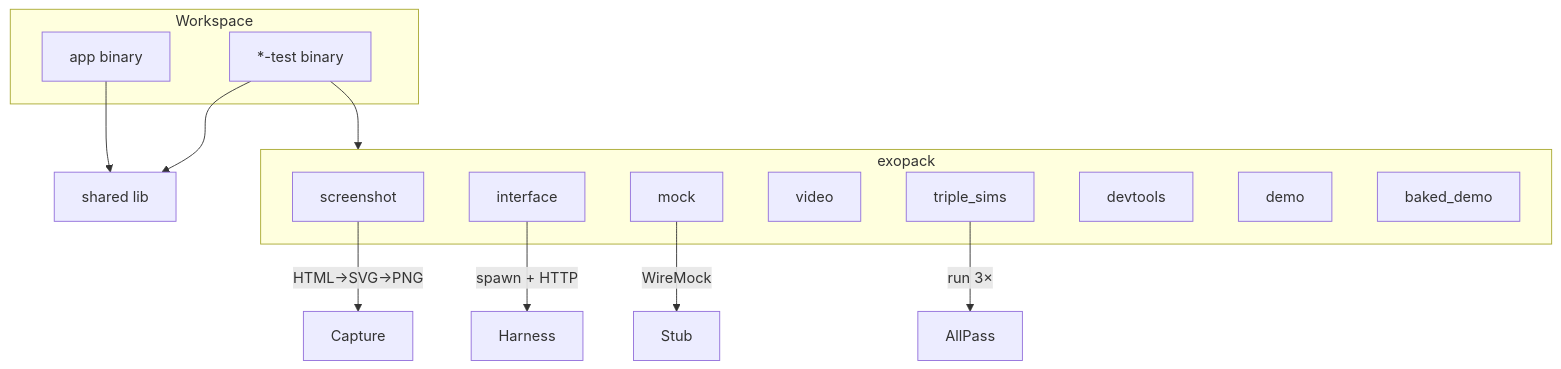
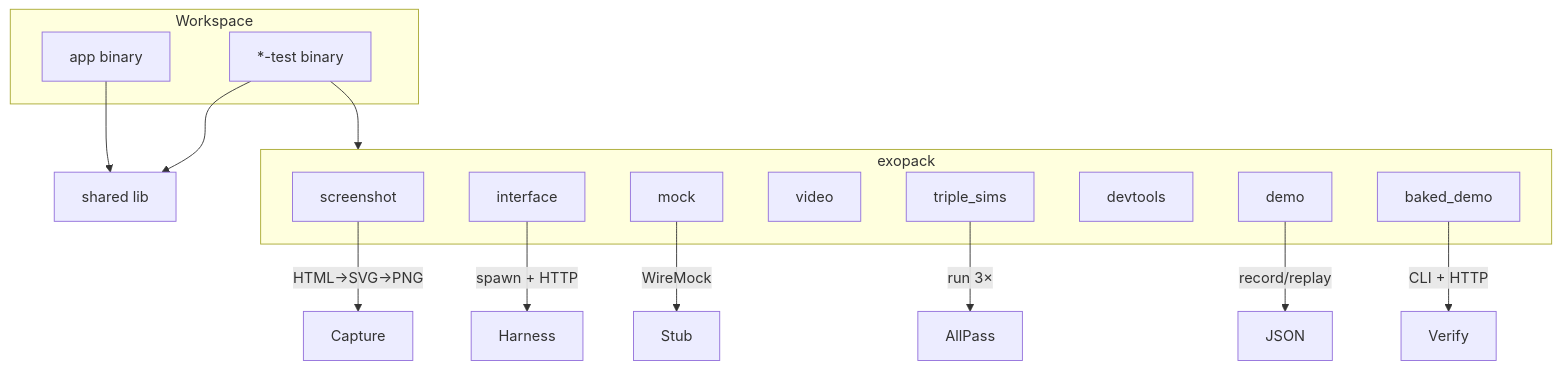
Before and after one commit to cochranblock/exopack: the diagram in README.md, drawn with Mermaid. The commit also changed 2 other files, not shown here.

Commit message:
docs: add baked_demo to diagrams, fix feature gate count, update lib.rs doc
- Add BakedDemo node to PROOF_OF_ARTIFACTS mermaid diagram
- Fix feature gate count: 7 gated + video always compiled
- Add Demo/BakedDemo edge labels to README mermaid diagram
- Include demo and baked_demo in lib.rs module doc comment

````diff
--- a/README.md
+++ b/README.md
@@ -21,27 +21,29 @@
 ```mermaid
 flowchart TB
     subgraph Workspace
         App[app binary]
         Test["*-test binary"]
     end
 
     subgraph exopack
         Screenshot[screenshot]
         Interface[interface]
         Mock[mock]
         Video[video]
         Triple[triple_sims]
         Devtools[devtools]
         Demo[demo]
         BakedDemo[baked_demo]
     end
 
     App --> Core[shared lib]
     Test --> Core
     Test --> exopack
 
     Screenshot --> |HTML→SVG→PNG| Capture
     Interface --> |spawn + HTTP| Harness
     Mock --> |WireMock| Stub
     Triple --> |run 3×| AllPass
+    Demo --> |record/replay| JSON
+    BakedDemo --> |CLI + HTTP| Verify
 ```
````
